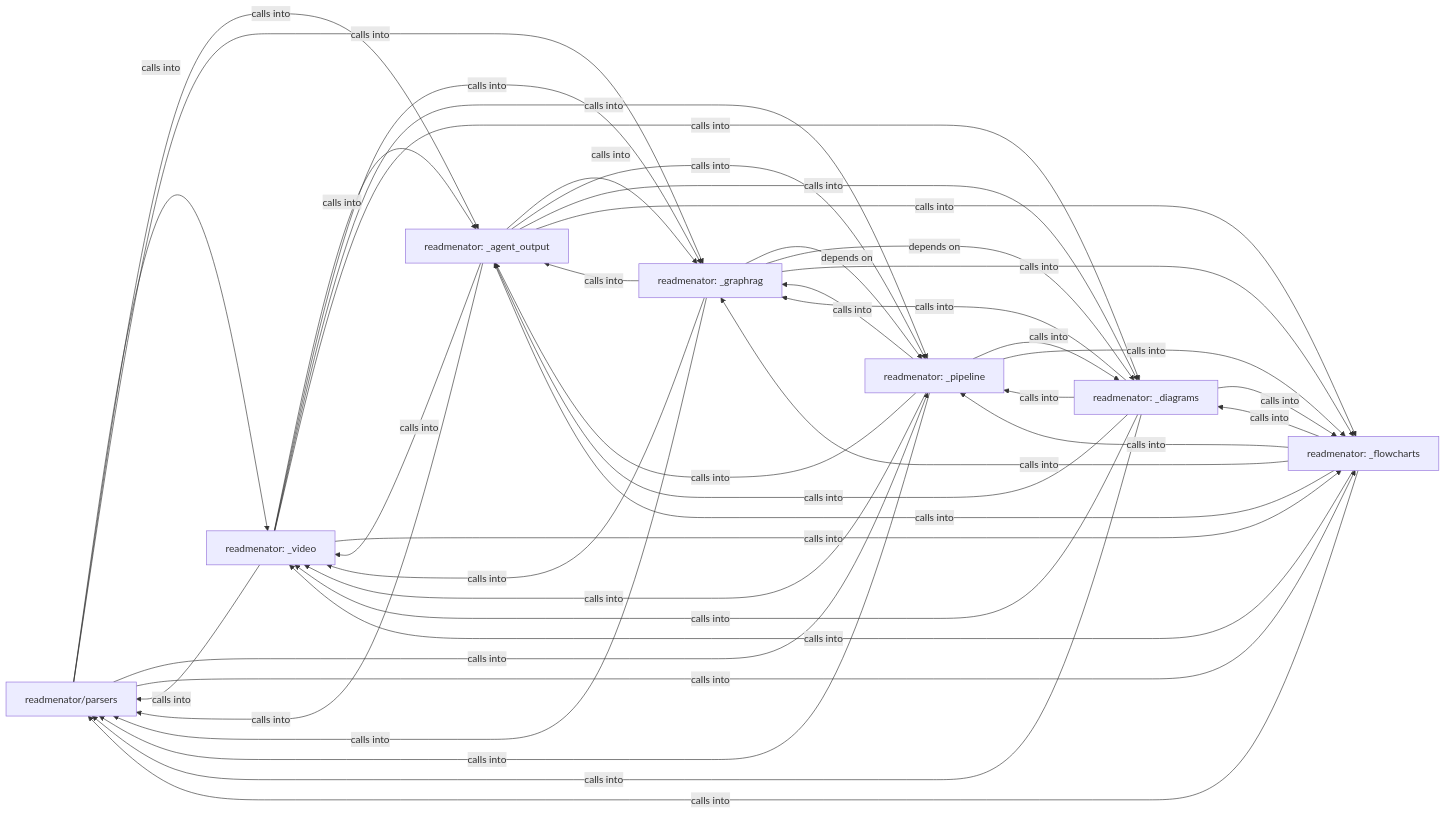
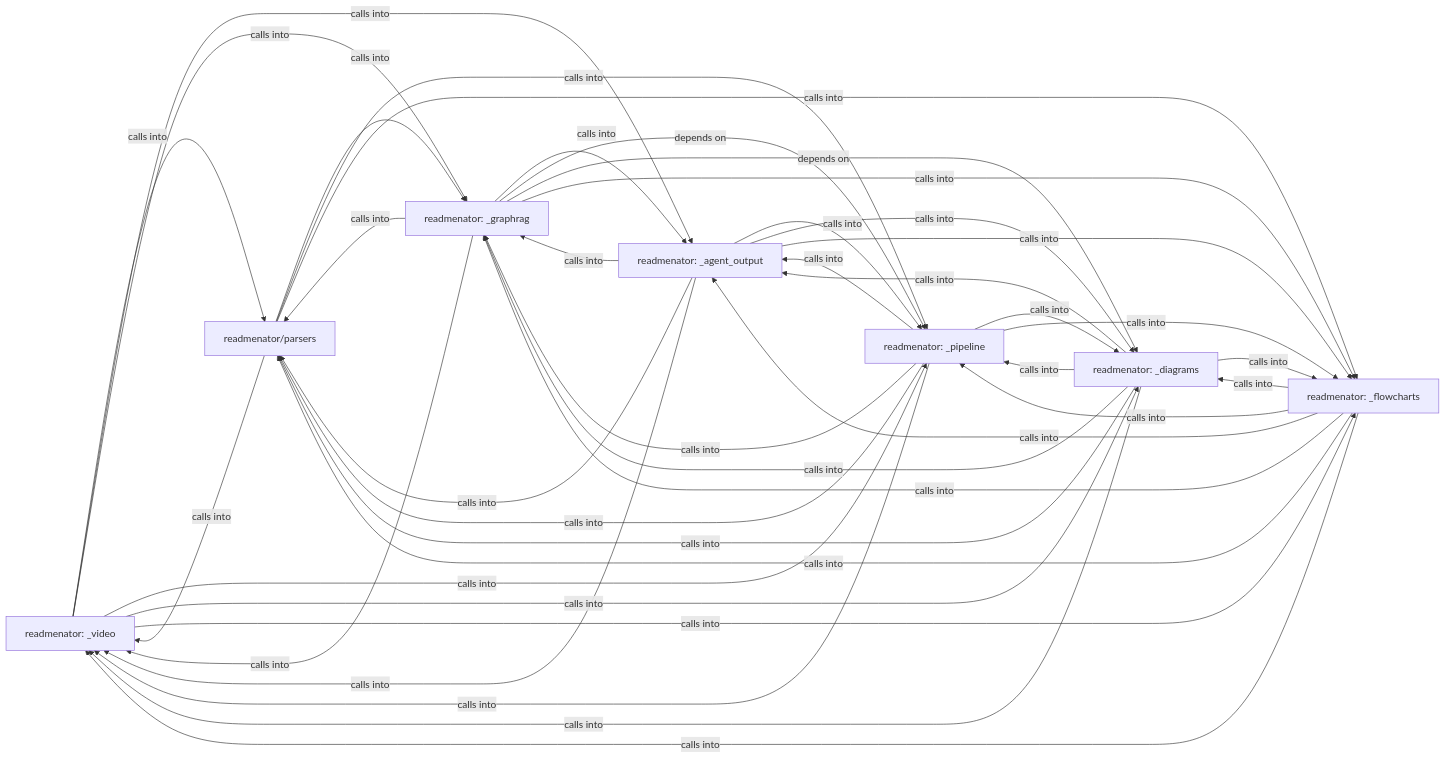
Before and after one commit to grisuno/ReadMenator: the diagram in readmenator-diagrams/overview.md, drawn with Mermaid. The commit also changed other lines of this file and 182 other files, not shown here.

````diff
--- a/readmenator-diagrams/overview.md
+++ b/readmenator-diagrams/overview.md
@@ -1,58 +1,57 @@
 ```mermaid
 graph LR
+    readmenator__video["readmenator: _video"]
     readmenator_parsers["readmenator/parsers"]
-    readmenator__video["readmenator: _video"]
     readmenator__agent_output["readmenator: _agent_output"]
     readmenator__graphrag["readmenator: _graphrag"]
     readmenator__pipeline["readmenator: _pipeline"]
     readmenator__diagrams["readmenator: _diagrams"]
     readmenator__flowcharts["readmenator: _flowcharts"]
-    readmenator_parsers -- "calls into" --> readmenator__video
-    readmenator_parsers -- "calls into" --> readmenator__agent_output
-    readmenator_parsers -- "calls into" --> readmenator__graphrag
-    readmenator_parsers -- "calls into" --> readmenator__pipeline
-    readmenator_parsers -- "calls into" --> readmenator__flowcharts
     readmenator__video -- "calls into" --> readmenator_parsers
     readmenator__video -- "calls into" --> readmenator__agent_output
     readmenator__video -- "calls into" --> readmenator__graphrag
     readmenator__video -- "calls into" --> readmenator__pipeline
     readmenator__video -- "calls into" --> readmenator__diagrams
     readmenator__video -- "calls into" --> readmenator__flowcharts
+    readmenator_parsers -- "calls into" --> readmenator__video
+    readmenator_parsers -- "calls into" --> readmenator__graphrag
+    readmenator_parsers -- "calls into" --> readmenator__pipeline
+    readmenator_parsers -- "calls into" --> readmenator__flowcharts
+    readmenator__agent_output -- "calls into" --> readmenator__video
     readmenator__agent_output -- "calls into" --> readmenator_parsers
-    readmenator__agent_output -- "calls into" --> readmenator__video
     readmenator__agent_output -- "calls into" --> readmenator__graphrag
     readmenator__agent_output -- "calls into" --> readmenator__pipeline
     readmenator__agent_output -- "calls into" --> readmenator__diagrams
     readmenator__agent_output -- "calls into" --> readmenator__flowcharts
+    readmenator__graphrag -- "calls into" --> readmenator__video
     readmenator__graphrag -- "calls into" --> readmenator_parsers
-    readmenator__graphrag -- "calls into" --> readmenator__video
     readmenator__graphrag -- "calls into" --> readmenator__agent_output
     readmenator__graphrag -- "depends on" --> readmenator__pipeline
     readmenator__graphrag -- "depends on" --> readmenator__diagrams
     readmenator__graphrag -- "calls into" --> readmenator__flowcharts
+    readmenator__pipeline -- "calls into" --> readmenator__video
     readmenator__pipeline -- "calls into" --> readmenator_parsers
-    readmenator__pipeline -- "calls into" --> readmenator__video
     readmenator__pipeline -- "calls into" --> readmenator__agent_output
     readmenator__pipeline -- "calls into" --> readmenator__graphrag
     readmenator__pipeline -- "calls into" --> readmenator__diagrams
     readmenator__pipeline -- "calls into" --> readmenator__flowcharts
+    readmenator__diagrams -- "calls into" --> readmenator__video
     readmenator__diagrams -- "calls into" --> readmenator_parsers
-    readmenator__diagrams -- "calls into" --> readmenator__video
     readmenator__diagrams -- "calls into" --> readmenator__agent_output
     readmenator__diagrams -- "calls into" --> readmenator__graphrag
     readmenator__diagrams -- "calls into" --> readmenator__pipeline
     readmenator__diagrams -- "calls into" --> readmenator__flowcharts
+    readmenator__flowcharts -- "calls into" --> readmenator__video
     readmenator__flowcharts -- "calls into" --> readmenator_parsers
-    readmenator__flowcharts -- "calls into" --> readmenator__video
     readmenator__flowcharts -- "calls into" --> readmenator__agent_output
     readmenator__flowcharts -- "calls into" --> readmenator__graphrag
     readmenator__flowcharts -- "calls into" --> readmenator__pipeline
     readmenator__flowcharts -- "calls into" --> readmenator__diagrams
+    click readmenator__video href "./readmenator__video.md" "Details"
     click readmenator_parsers href "./readmenator_parsers.md" "Details"
-    click readmenator__video href "./readmenator__video.md" "Details"
     click readmenator__agent_output href "./readmenator__agent_output.md" "Details"
     click readmenator__graphrag href "./readmenator__graphrag.md" "Details"
     click readmenator__pipeline href "./readmenator__pipeline.md" "Details"
     click readmenator__diagrams href "./readmenator__diagrams.md" "Details"
     click readmenator__flowcharts href "./readmenator__flowcharts.md" "Details"
 ```
````
